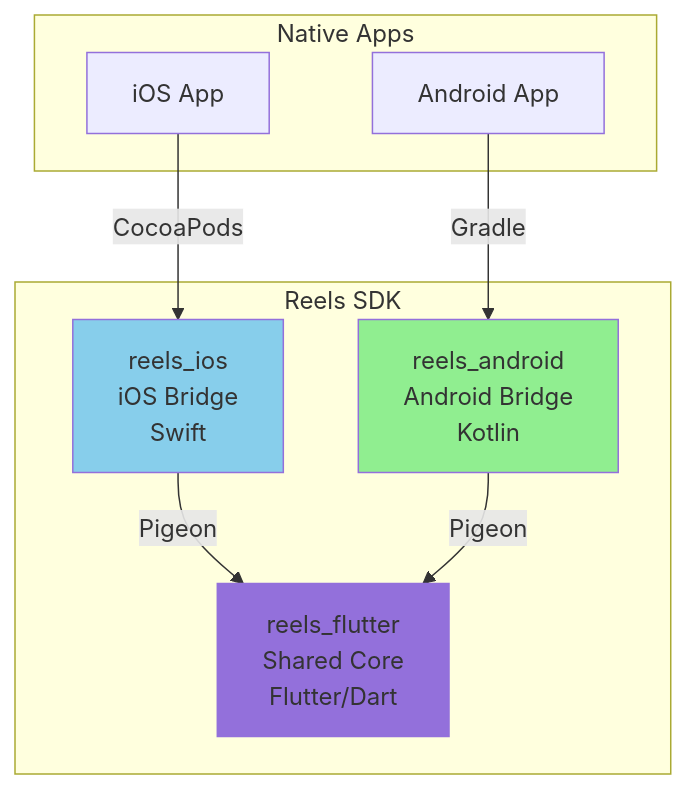
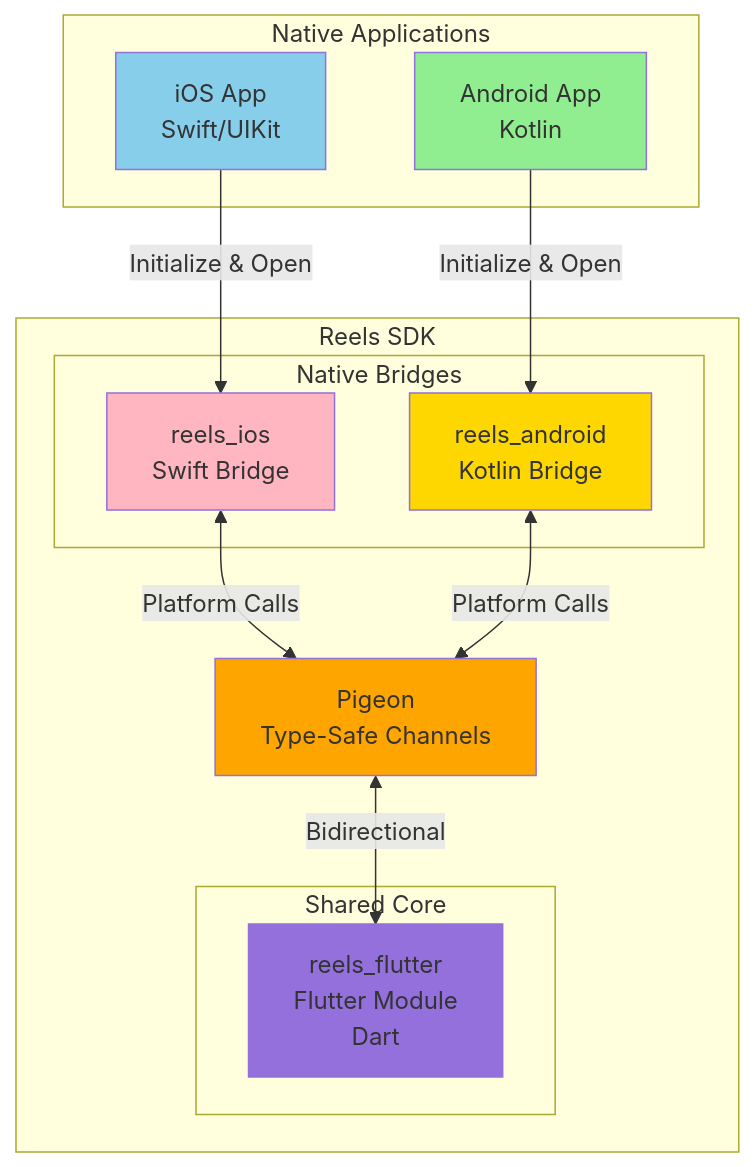
Before and after one commit to ahmed-eishon/Reels-SDK: the first of 6 diagrams in docs/01-Overview/01-SDK-Overview.md, drawn with Mermaid. The commit also changed other lines of this file and 45 other files, not shown here.

````diff
--- a/docs/01-Overview/01-SDK-Overview.md
+++ b/docs/01-Overview/01-SDK-Overview.md
@@ -20,22 +11,35 @@
 ```mermaid
 graph TB
-    subgraph "Reels SDK"
-        FLUTTER[reels_flutter<br/>Shared Core<br/>Flutter/Dart]
-        IOS_BRIDGE[reels_ios<br/>iOS Bridge<br/>Swift]
-        ANDROID_BRIDGE[reels_android<br/>Android Bridge<br/>Kotlin]
+    subgraph "Native Applications"
+        IOS[iOS App<br/>Swift/UIKit]
+        ANDROID[Android App<br/>Kotlin]
     end
 
-    subgraph "Native Apps"
-        IOS_APP[iOS App]
-        ANDROID_APP[Android App]
+    subgraph "Reels SDK"
+        subgraph "Native Bridges"
+            IOS_BRIDGE[reels_ios<br/>Swift Bridge]
+            ANDROID_BRIDGE[reels_android<br/>Kotlin Bridge]
+        end
+
+        subgraph "Shared Core"
+            FLUTTER[reels_flutter<br/>Flutter Module<br/>Dart]
+        end
+
+        PIGEON[Pigeon<br/>Type-Safe Channels]
     end
 
-    IOS_APP -->|CocoaPods| IOS_BRIDGE
-    ANDROID_APP -->|Gradle| ANDROID_BRIDGE
-    IOS_BRIDGE -->|Pigeon| FLUTTER
-    ANDROID_BRIDGE -->|Pigeon| FLUTTER
+    IOS -->|Initialize & Open| IOS_BRIDGE
+    ANDROID -->|Initialize & Open| ANDROID_BRIDGE
 
+    IOS_BRIDGE <-->|Platform Calls| PIGEON
+    ANDROID_BRIDGE <-->|Platform Calls| PIGEON
+
+    PIGEON <-->|Bidirectional| FLUTTER
+
+    style IOS fill:#87CEEB
+    style ANDROID fill:#90EE90
+    style IOS_BRIDGE fill:#FFB6C1
+    style ANDROID_BRIDGE fill:#FFD700
     style FLUTTER fill:#9370DB
-    style IOS_BRIDGE fill:#87CEEB
-    style ANDROID_BRIDGE fill:#90EE90
+    style PIGEON fill:#FFA500
 ```
````
